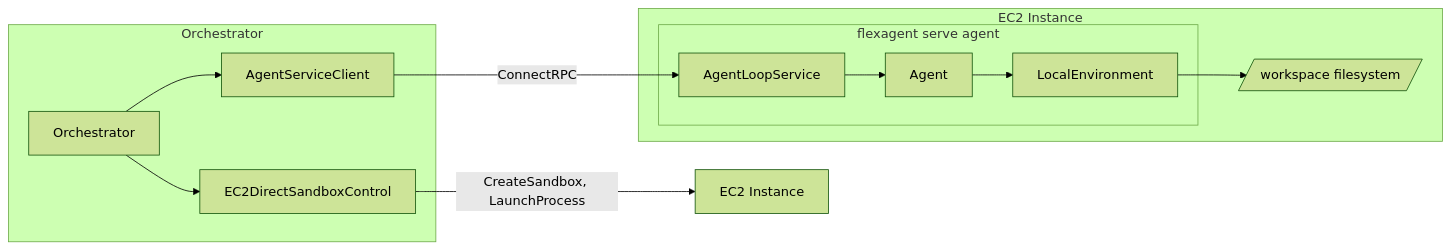
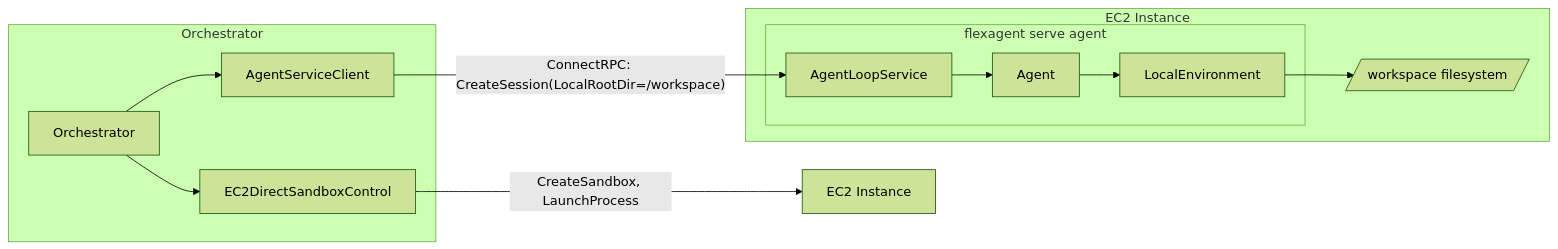
Before and after one commit to dcosson/flex-agent-runtime: the third of 3 diagrams in docs/plans/19-ec2-direct-adapter.md, drawn with Mermaid (forest theme). The commit also changed other lines of this file, not shown here.

````diff
--- a/docs/plans/19-ec2-direct-adapter.md
+++ b/docs/plans/19-ec2-direct-adapter.md
@@ -408,22 +494,22 @@
 ```mermaid
 graph LR
     subgraph "Orchestrator"
         O[Orchestrator] --> SC[EC2DirectSandboxControl]
         O --> AC[AgentServiceClient]
     end
 
     subgraph "EC2 Instance"
         subgraph "flexagent serve agent"
             ALS[AgentLoopService]
             A[Agent]
             LE[LocalEnvironment]
         end
         FS[/workspace filesystem/]
     end
 
     SC -->|"CreateSandbox, LaunchProcess"| EC2["EC2 Instance"]
-    AC -->|ConnectRPC| ALS
+    AC -->|"ConnectRPC: CreateSession(LocalRootDir=/workspace)"| ALS
     ALS --> A
     A --> LE
     LE --> FS
 ```
````
